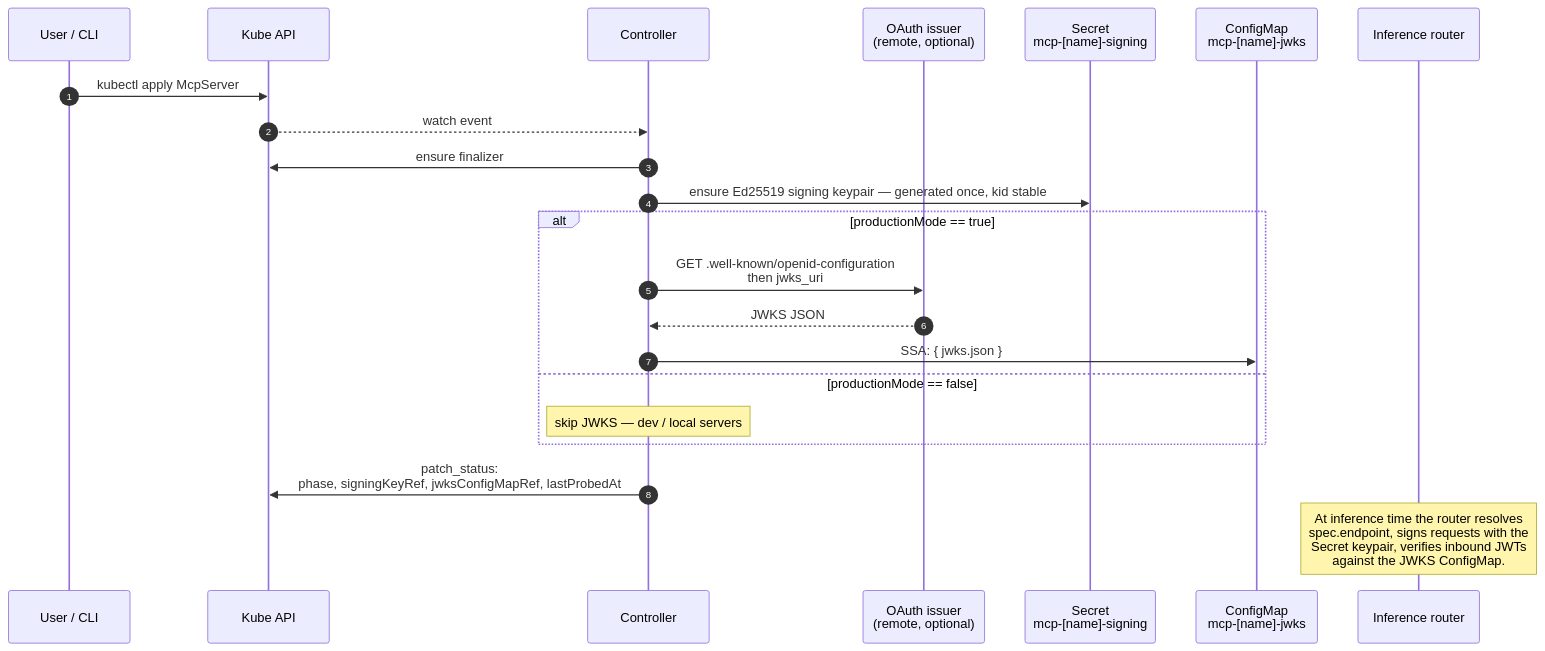
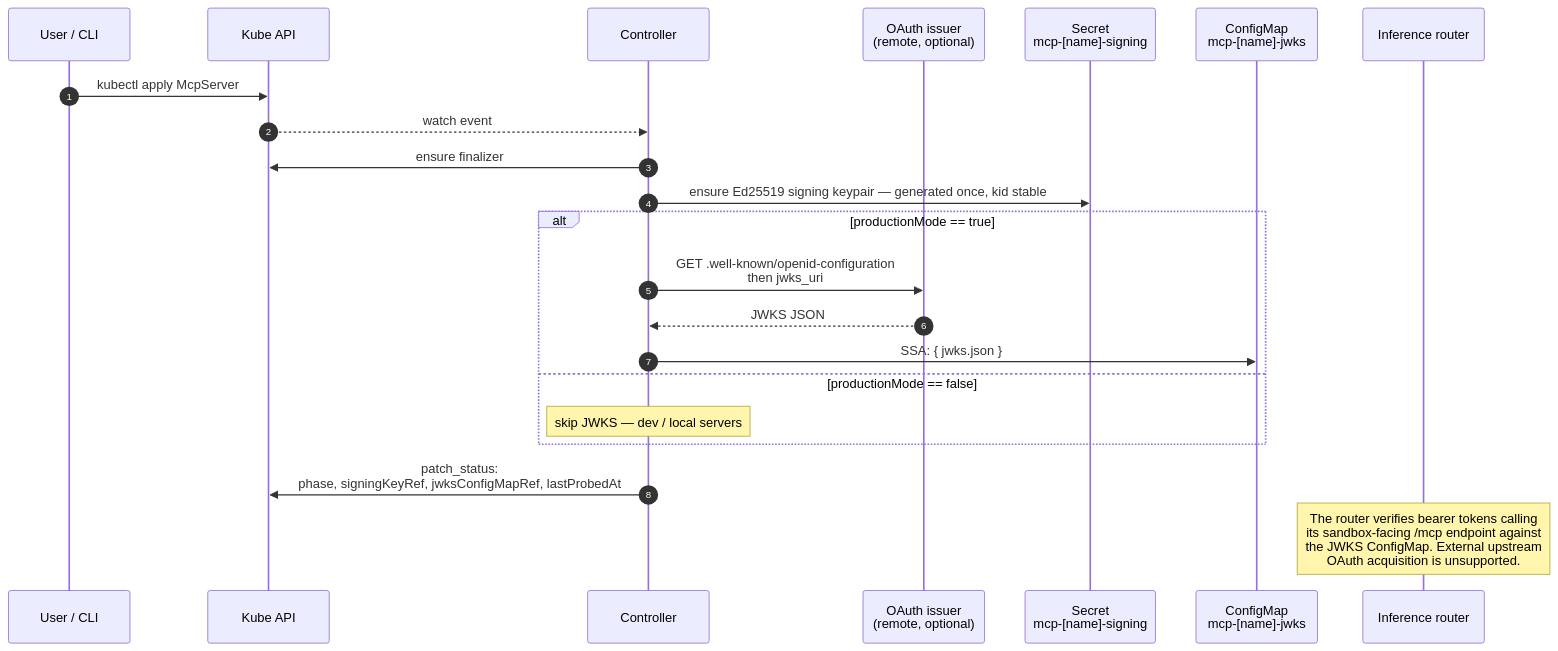
The sixth of 7 diagrams in docs/api/lifecycle.md (Azure/kars), drawn with Mermaid before and after one commit. The commit also changed other lines of this file and 29 other files, not shown here.

````diff
--- a/docs/api/lifecycle.md
+++ b/docs/api/lifecycle.md
@@ -222,25 +232,25 @@
 ```mermaid
 sequenceDiagram
   autonumber
   participant U as User / CLI
   participant K as Kube API
   participant C as Controller
   participant Iss as OAuth issuer<br/>(remote, optional)
   participant S as Secret<br/>mcp-[name]-signing
   participant J as ConfigMap<br/>mcp-[name]-jwks
   participant R as Inference router
 
   U->>K: kubectl apply McpServer
   K-->>C: watch event
   C->>K: ensure finalizer
   C->>S: ensure Ed25519 signing keypair — generated once, kid stable
   alt productionMode == true
     C->>Iss: GET .well-known/openid-configuration<br/>then jwks_uri
     Iss-->>C: JWKS JSON
     C->>J: SSA: { jwks.json }
   else productionMode == false
     Note over C: skip JWKS — dev / local servers
   end
   C->>K: patch_status:<br/>phase, signingKeyRef, jwksConfigMapRef, lastProbedAt
-  Note over R: At inference time the router resolves<br/>spec.endpoint, signs requests with the<br/>Secret keypair, verifies inbound JWTs<br/>against the JWKS ConfigMap.
+  Note over R: The router verifies bearer tokens calling<br/>its sandbox-facing /mcp endpoint against<br/>the JWKS ConfigMap. External upstream<br/>OAuth acquisition is unsupported.
 ```
````
